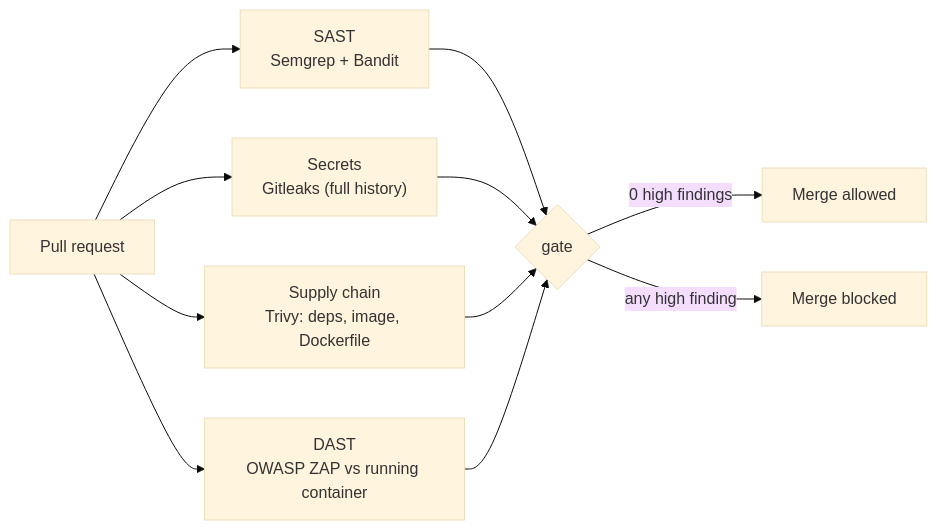
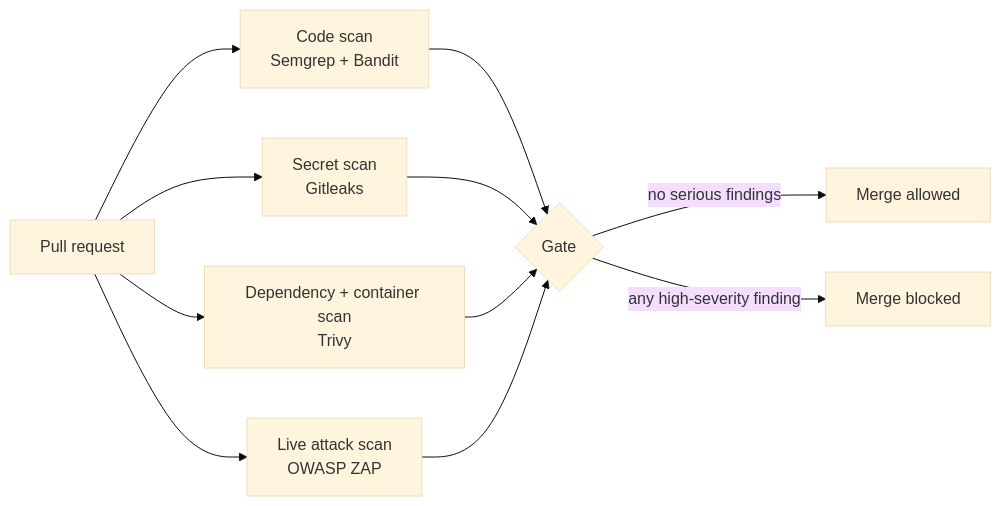
The diagram in README.md (funsoi-hub/devsecops-pipeline), drawn with Mermaid (base theme) before and after one commit. The commit also changed other lines of this file, not shown here.

````diff
--- a/README.md
+++ b/README.md
@@ -10,13 +18,13 @@
 ```mermaid
 flowchart LR
-    PR["Pull request"] --> SAST["SAST<br/>Semgrep + Bandit"]
-    PR --> SEC["Secrets<br/>Gitleaks (full history)"]
-    PR --> SCA["Supply chain<br/>Trivy: deps, image, Dockerfile"]
-    PR --> DAST["DAST<br/>OWASP ZAP vs running container"]
-    SAST --> G{"gate"}
+    PR["Pull request"] --> SAST["Code scan<br/>Semgrep + Bandit"]
+    PR --> SEC["Secret scan<br/>Gitleaks"]
+    PR --> SCA["Dependency + container scan<br/>Trivy"]
+    PR --> DAST["Live attack scan<br/>OWASP ZAP"]
+    SAST --> G{"Gate"}
     SEC --> G
     SCA --> G
     DAST --> G
-    G -->|"0 high findings"| M["Merge allowed"]
-    G -->|"any high finding"| B["Merge blocked"]
+    G -->|"no serious findings"| M["Merge allowed"]
+    G -->|"any high-severity finding"| B["Merge blocked"]
 ```
````
